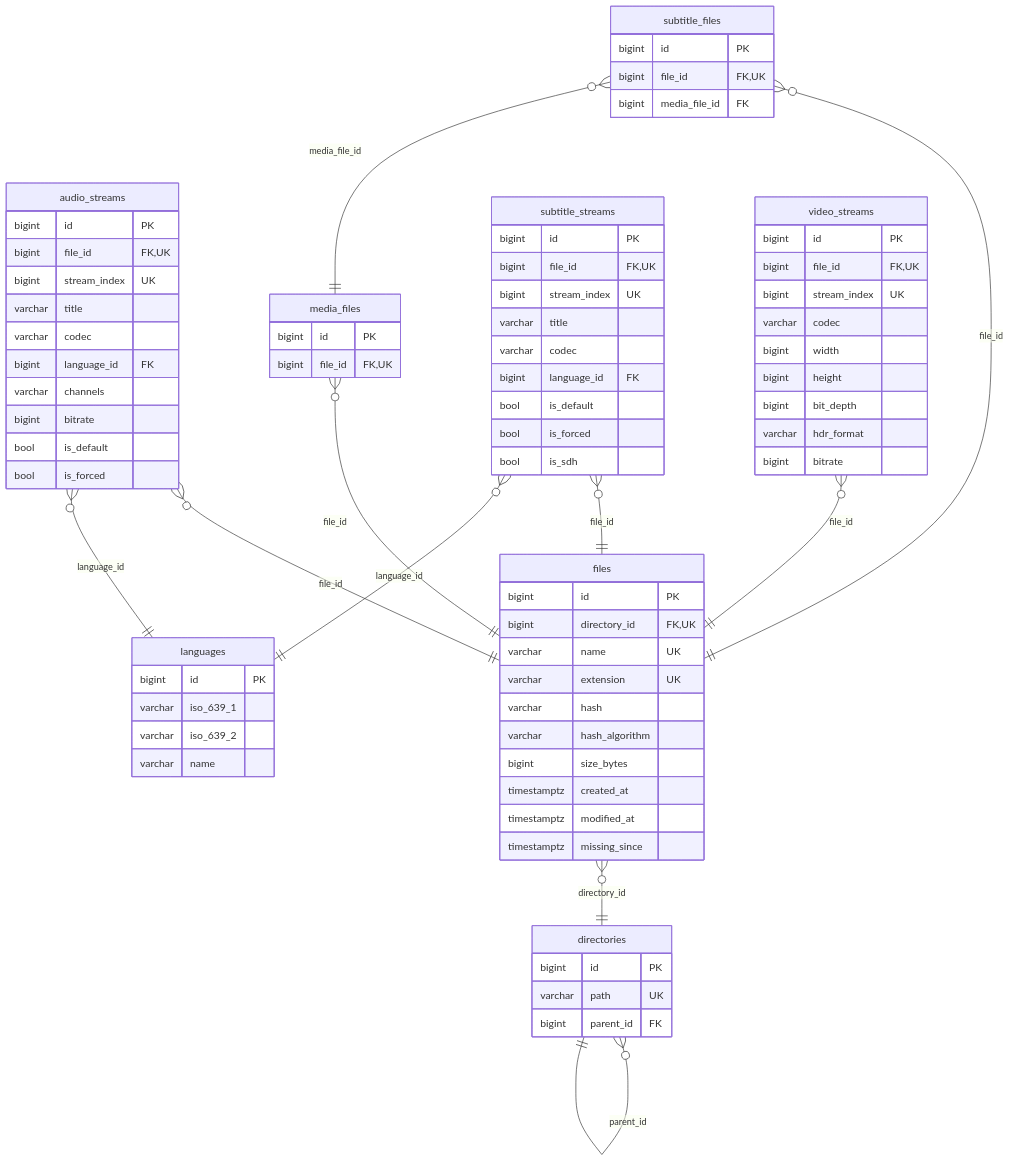
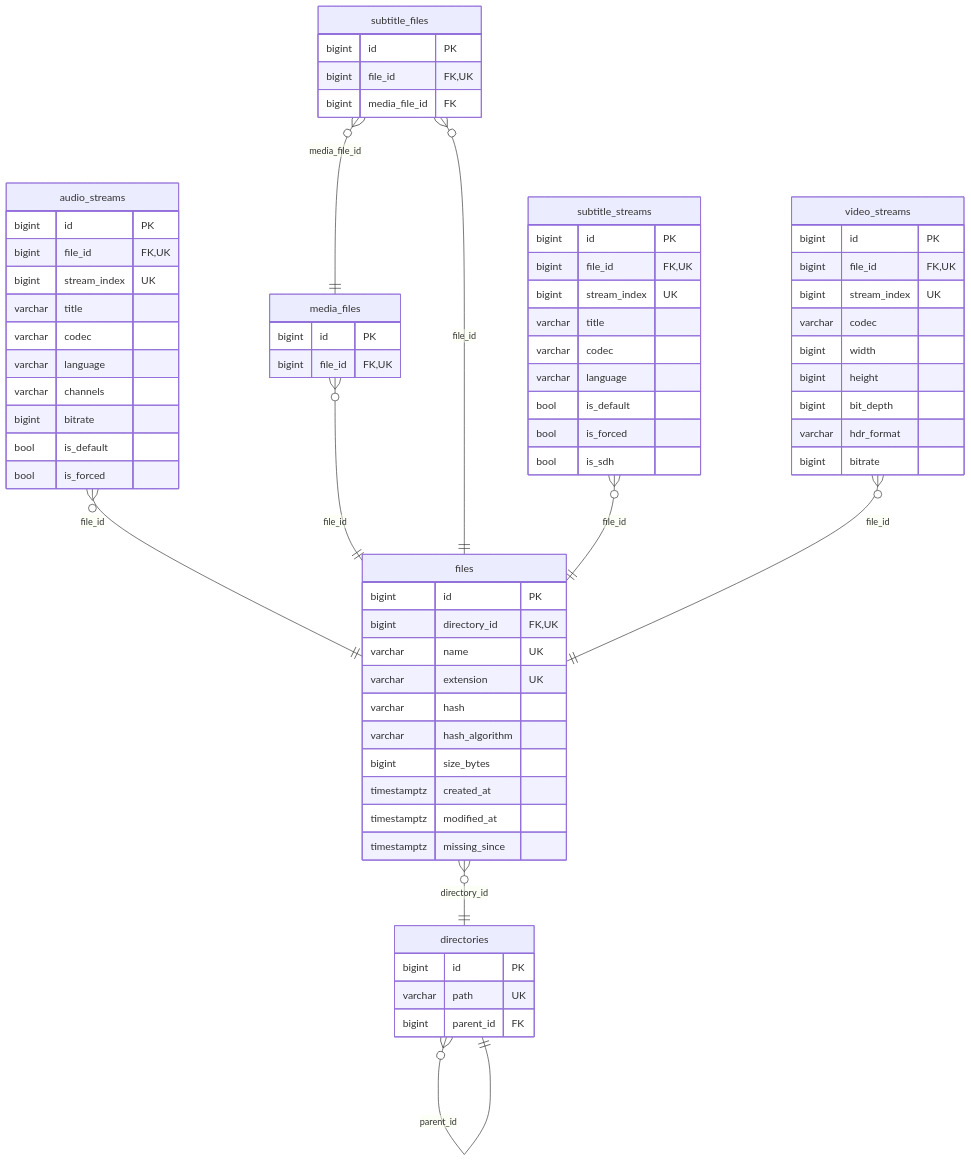
Before and after one commit to luigi311/media-suggestion-finder: the diagram in entity/src/entities.mermaid, drawn with Mermaid. The commit also changed 18 other files, not shown here.

Commit message:
Remove languages table, use isolang for language values

```diff
--- a/entity/src/entities.mermaid
+++ b/entity/src/entities.mermaid
@@ -1,77 +1,69 @@
 erDiagram
     audio_streams {
         bigint id PK
         bigint file_id FK,UK
         bigint stream_index UK
         varchar title
         varchar codec
-        bigint language_id FK
+        varchar language
         varchar channels
         bigint bitrate
         bool is_default
         bool is_forced
     }
     directories {
         bigint id PK
         varchar path UK
         bigint parent_id FK
     }
     files {
         bigint id PK
         bigint directory_id FK,UK
         varchar name UK
         varchar extension UK
         varchar hash
         varchar hash_algorithm
         bigint size_bytes
         timestamptz created_at
         timestamptz modified_at
         timestamptz missing_since
     }
-    languages {
-        bigint id PK
-        varchar iso_639_1
-        varchar iso_639_2
-        varchar name
-    }
     media_files {
         bigint id PK
         bigint file_id FK,UK
     }
     subtitle_files {
         bigint id PK
         bigint file_id FK,UK
         bigint media_file_id FK
     }
     subtitle_streams {
         bigint id PK
         bigint file_id FK,UK
         bigint stream_index UK
         varchar title
         varchar codec
-        bigint language_id FK
+        varchar language
         bool is_default
         bool is_forced
         bool is_sdh
     }
     video_streams {
         bigint id PK
         bigint file_id FK,UK
         bigint stream_index UK
         varchar codec
         bigint width
         bigint height
         bigint bit_depth
         varchar hdr_format
         bigint bitrate
     }
     audio_streams }o--|| files : "file_id"
-    audio_streams }o--|| languages : "language_id"
     directories }o--|| directories : "parent_id"
     files }o--|| directories : "directory_id"
     media_files }o--|| files : "file_id"
     subtitle_files }o--|| files : "file_id"
     subtitle_files }o--|| media_files : "media_file_id"
     subtitle_streams }o--|| files : "file_id"
-    subtitle_streams }o--|| languages : "language_id"
     video_streams }o--|| files : "file_id"
```
